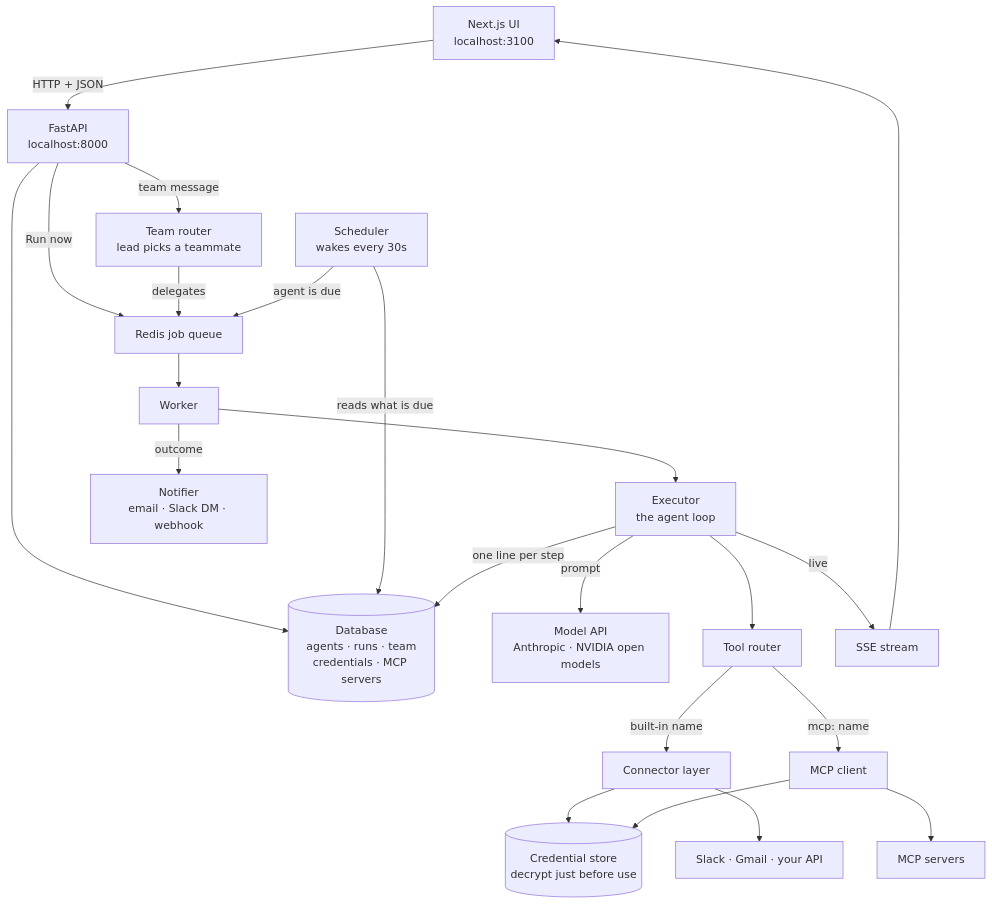
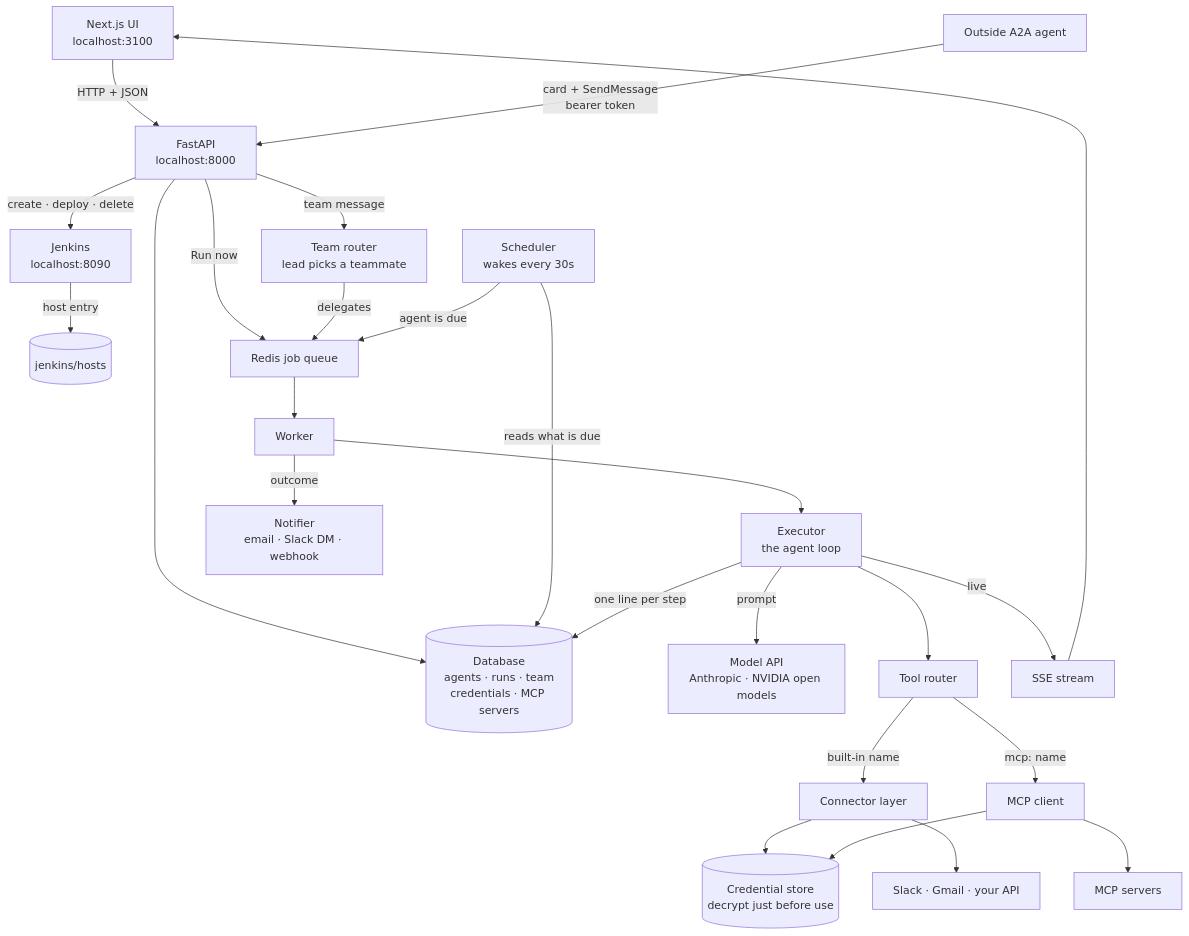
Before and after one commit to Balaji91221/agent-platform: the first of 6 diagrams in backend/docs/FLOW.md, drawn with Mermaid. The commit also changed other lines of this file and 41 other files, not shown here.

````diff
--- a/backend/docs/FLOW.md
+++ b/backend/docs/FLOW.md
@@ -19,24 +19,27 @@
 ```mermaid
 flowchart TD
     UI["Next.js UI<br/>localhost:3100"] -->|"HTTP + JSON"| API["FastAPI<br/>localhost:8000"]
+    PEER["Outside A2A agent"] -->|"card + SendMessage<br/>bearer token"| API
+    API -->|"create · deploy · delete"| CI["Jenkins<br/>localhost:8090"]
+    CI -->|"host entry"| HOSTS[("jenkins/hosts")]
     API --> DB[("Database<br/>agents · runs · team<br/>credentials · MCP servers")]
     API -->|"Run now"| Q["Redis job queue"]
     API -->|"team message"| LEAD["Team router<br/>lead picks a teammate"]
     LEAD -->|"delegates"| Q
     TICK["Scheduler<br/>wakes every 30s"] -->|"reads what is due"| DB
     TICK -->|"agent is due"| Q
     Q --> W["Worker"]
     W --> EX["Executor<br/>the agent loop"]
     EX -->|"prompt"| MODEL["Model API<br/>Anthropic · NVIDIA open models"]
     EX --> ROUTE["Tool router"]
     ROUTE -->|"built-in name"| CONN["Connector layer"]
     ROUTE -->|"mcp: name"| MCP["MCP client"]
     CONN --> CRED[("Credential store<br/>decrypt just before use")]
     MCP --> CRED
     CONN --> APPS["Slack · Gmail · your API"]
     MCP --> SERVERS["MCP servers"]
     EX -->|"one line per step"| DB
     EX -->|"live"| SSE["SSE stream"]
     SSE --> UI
     W -->|"outcome"| NOTE["Notifier<br/>email · Slack DM · webhook"]
 ```
````
